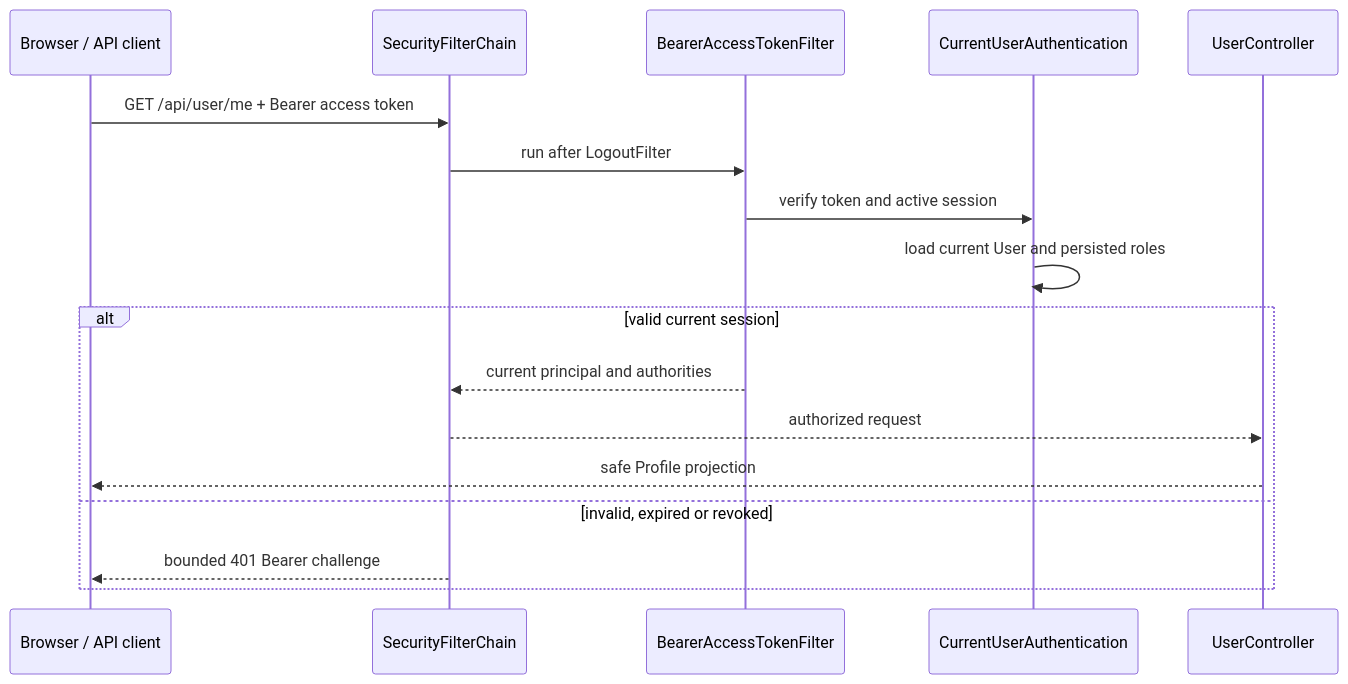
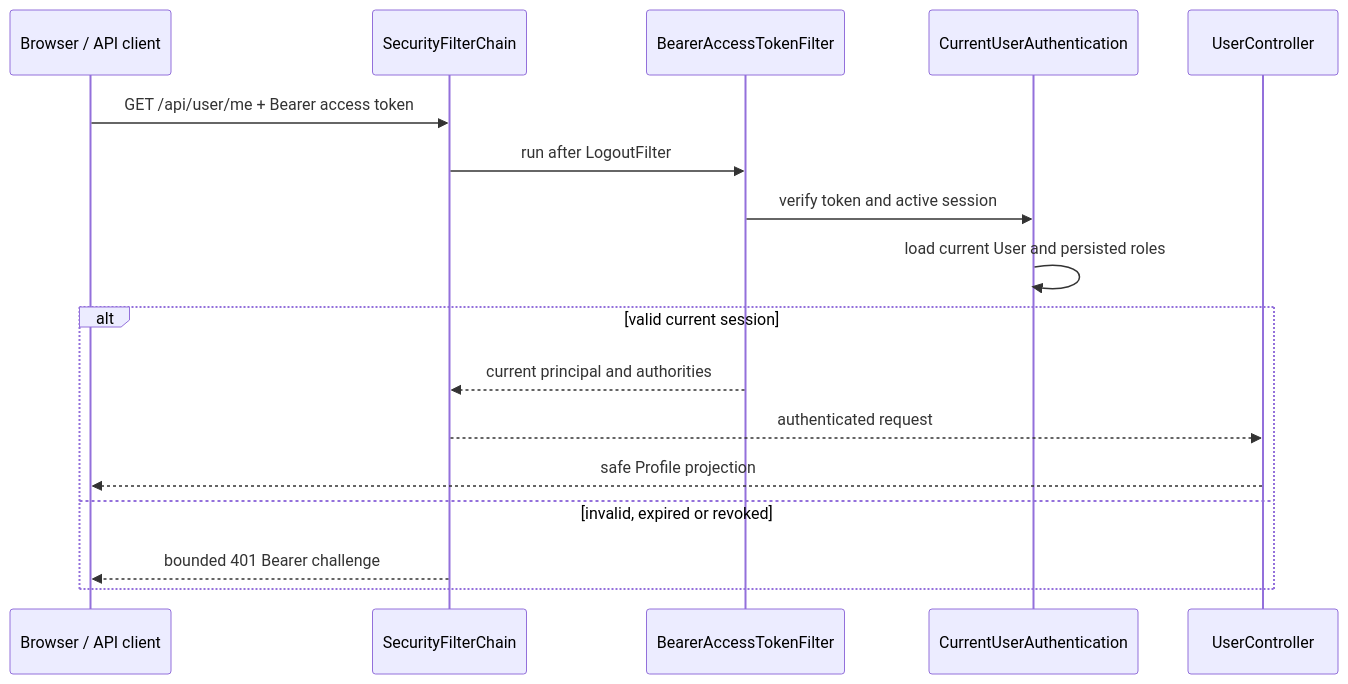
One commit to n-saakib/medi-wish-bd changed the second of 2 diagrams in backend/docs/code-architecture.md. Above: the diagram before and after it, drawn with Mermaid. The commit also changed other lines of this file and 92 other files, not shown here.

````diff
--- a/backend/docs/code-architecture.md
+++ b/backend/docs/code-architecture.md
@@ -112,20 +136,20 @@
 ```mermaid
 sequenceDiagram
     participant B as Browser / API client
     participant S as SecurityFilterChain
     participant F as BearerAccessTokenFilter
     participant C as CurrentUserAuthentication
     participant U as UserController
 
     B->>S: GET /api/user/me + Bearer access token
     S->>F: run after LogoutFilter
     F->>C: verify token and active session
     C->>C: load current User and persisted roles
     alt valid current session
         F-->>S: current principal and authorities
-        S-->>U: authorized request
+        S-->>U: authenticated request
         U-->>B: safe Profile projection
     else invalid, expired or revoked
         S-->>B: bounded 401 Bearer challenge
     end
 ```
````
